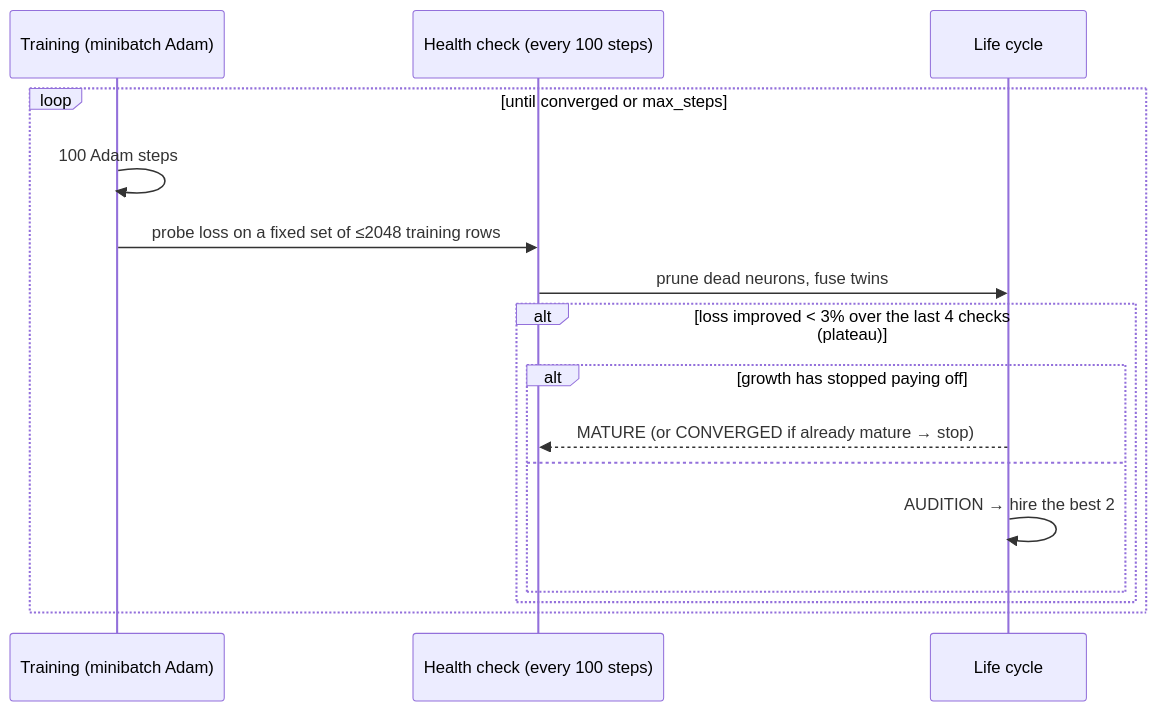
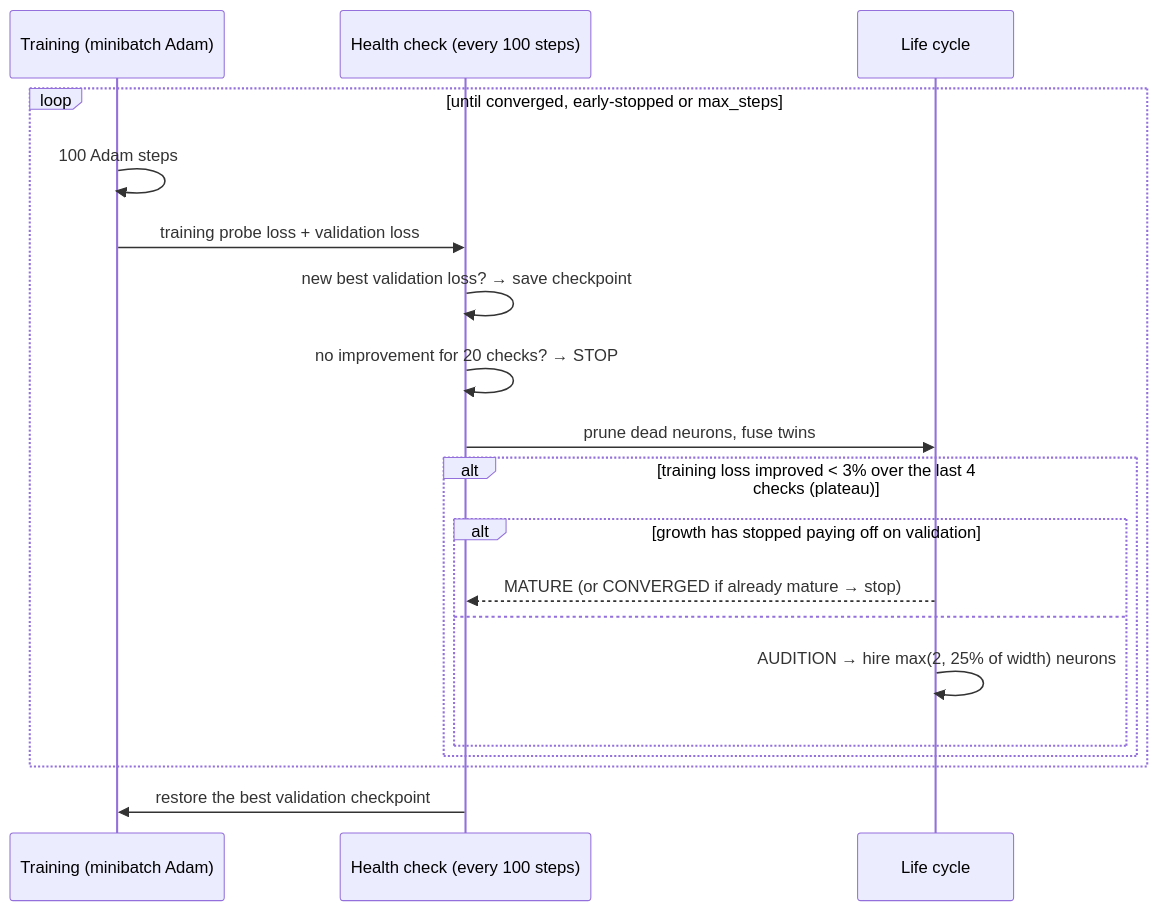
The diagram in docs/HOW_IT_WORKS.md (madhavbuilds/neurogenesis), drawn with Mermaid before and after one commit. The commit also changed other lines of this file and 24 other files, not shown here.

First line of the commit message:
v0.2.0: real-data benchmark, validation-based growth, multi-layer fix

````diff
--- a/docs/HOW_IT_WORKS.md
+++ b/docs/HOW_IT_WORKS.md
@@ -23,18 +29,21 @@
 ```mermaid
 sequenceDiagram
     participant T as Training (minibatch Adam)
     participant H as Health check (every 100 steps)
     participant L as Life cycle
-    loop until converged or max_steps
+    loop until converged, early-stopped or max_steps
         T->>T: 100 Adam steps
-        T->>H: probe loss on a fixed set of ≤2048 training rows
+        T->>H: training probe loss + validation loss
+        H->>H: new best validation loss? → save checkpoint
+        H->>H: no improvement for 20 checks? → STOP
         H->>L: prune dead neurons, fuse twins
-        alt loss improved < 3% over the last 4 checks (plateau)
-            alt growth has stopped paying off
+        alt training loss improved < 3% over the last 4 checks (plateau)
+            alt growth has stopped paying off on validation
                 L-->>H: MATURE (or CONVERGED if already mature → stop)
             else
-                L->>L: AUDITION → hire the best 2
+                L->>L: AUDITION → hire max(2, 25% of width) neurons
             end
         end
     end
+    H->>T: restore the best validation checkpoint
 ```
````
